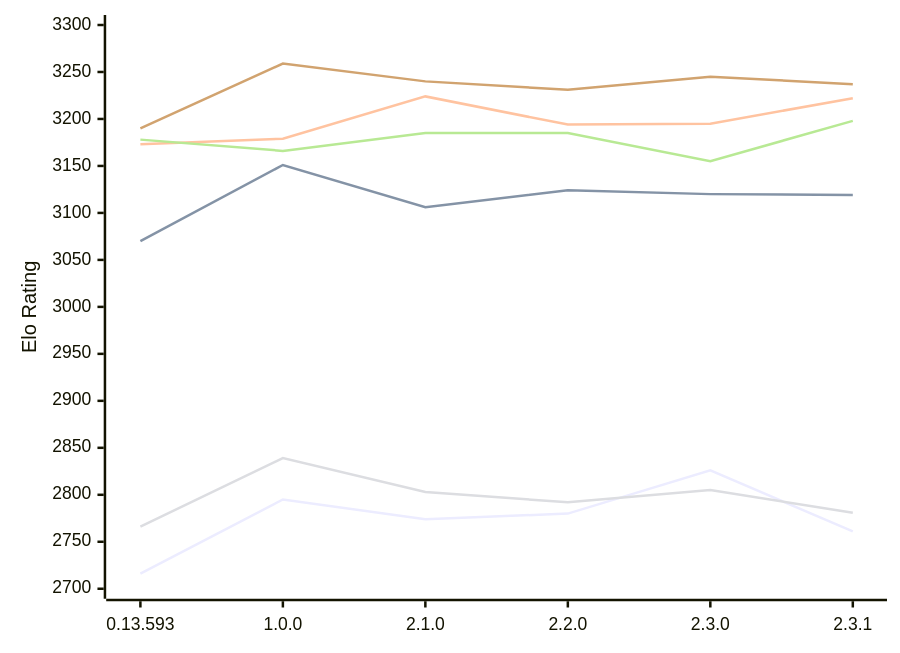
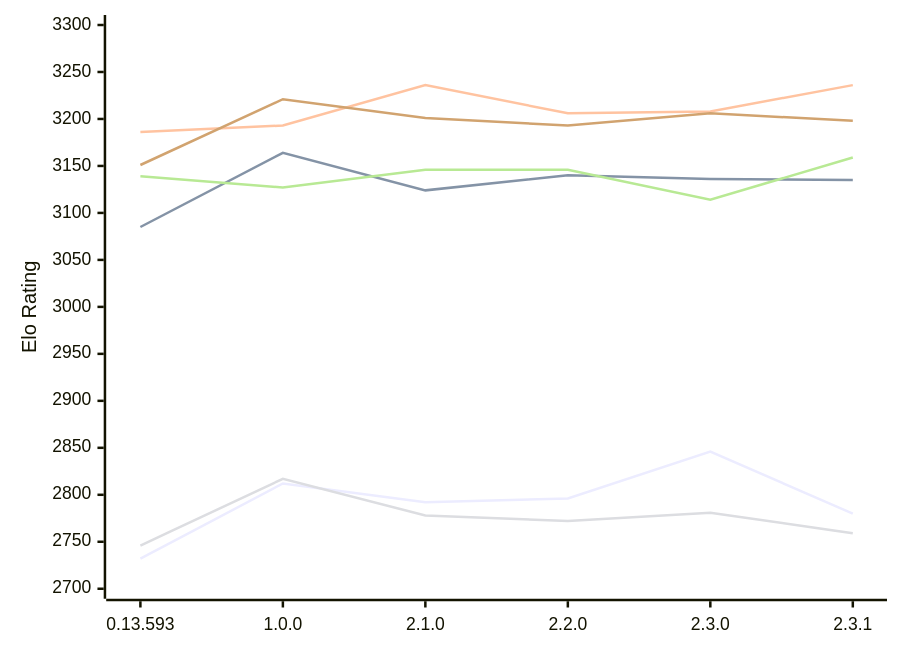
Before and after one commit to computer-chess-index/cci: the diagram in engines/Pawnstar.md, drawn with Mermaid. The commit also changed other lines of this file, not shown here.

Commit message:
Update CCI Ratings (ELO VLTC) - 2026-11-14

````diff
--- a/engines/Pawnstar.md
+++ b/engines/Pawnstar.md
@@ -57,12 +57,12 @@
 ```mermaid
 %%{init: {"theme":"base","themeVariables":{"seriesColors:['#a3a3a3','#222221','#faa371']}}}%%
 xychart-beta
   x-axis ["0.13.593", "1.0.0", "2.1.0", "2.2.0", "2.3.0", "2.3.1"]
   y-axis "Elo Rating" 2700 --> 3300
-  line "E1: STC (8.0+0.08s)" [2716, 2795, 2774, 2780, 2826, 2761]
-  line "E1: LTC (60.0+0.60s)" [3070, 3151, 3106, 3124, 3120, 3119]
-  line "E1: VLTC (2m24s+1.12s)" [3173, 3179, 3224, 3194, 3195, 3222]
-  line "P1: STC (8.0+0.08s)" [2766, 2839, 2803, 2792, 2805, 2781]
-  line "P1: LTC (60.0+0.60s)" [3178, 3166, 3185, 3185, 3155, 3198]
-  line "P1: VLTC (2m24s+1.12s)" [3190, 3259, 3240, 3231, 3245, 3237]
+  line "E1: STC (8.0+0.08s)" [2732, 2812, 2792, 2796, 2846, 2780]
+  line "E1: LTC (60.0+0.60s)" [3085, 3164, 3124, 3140, 3136, 3135]
+  line "E1: VLTC (2m24s+1.12s)" [3186, 3193, 3236, 3206, 3208, 3236]
+  line "P1: STC (8.0+0.08s)" [2746, 2817, 2778, 2772, 2781, 2759]
+  line "P1: LTC (60.0+0.60s)" [3139, 3127, 3146, 3146, 3114, 3159]
+  line "P1: VLTC (2m24s+1.12s)" [3151, 3221, 3201, 3193, 3206, 3198]
 ```
````
